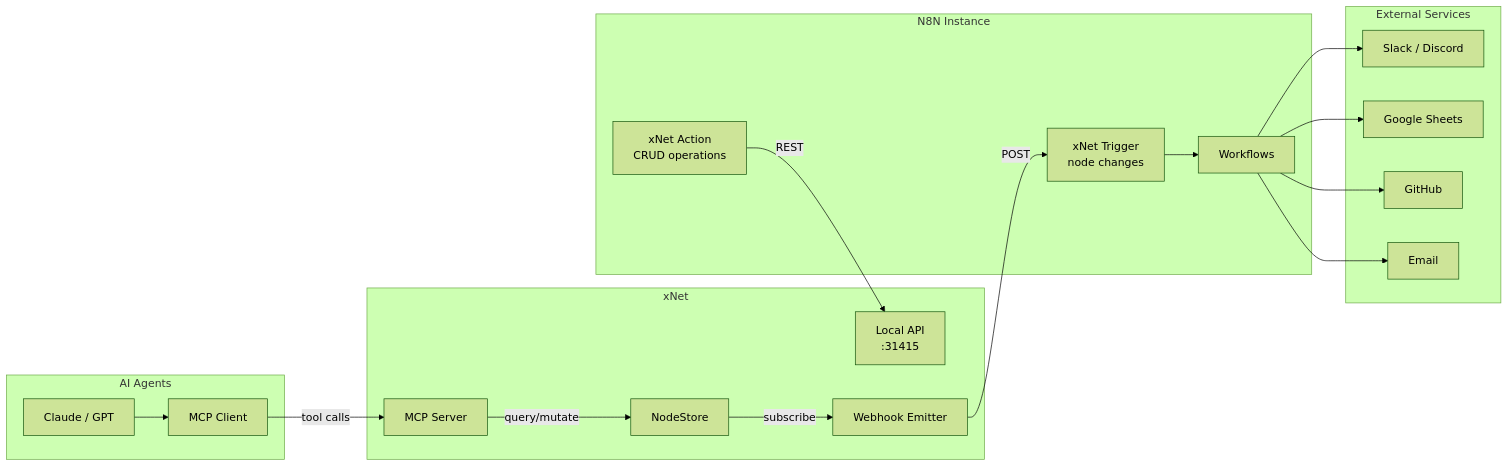
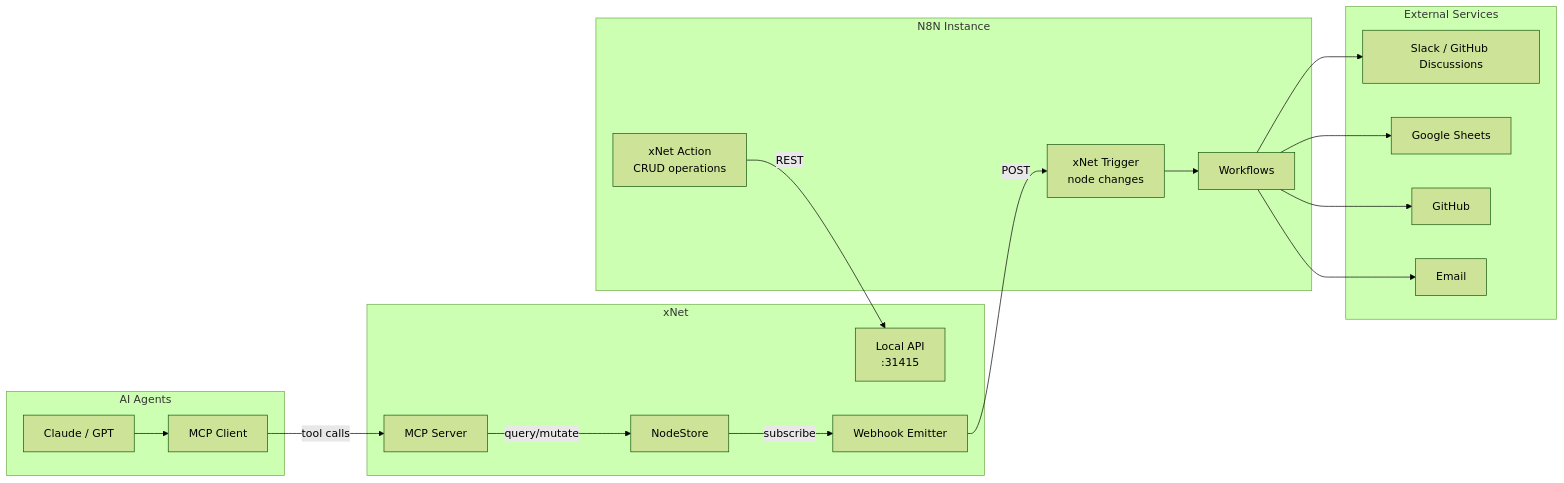
One commit to crs48/xNet changed the diagram in docs/plans/plan03_5Plugins/10-n8n-mcp-integrations.md. Above: the diagram before and after it, drawn with Mermaid (forest theme). The commit also changed 980 other files, not shown here.

````diff
--- a/docs/plans/plan03_5Plugins/10-n8n-mcp-integrations.md
+++ b/docs/plans/plan03_5Plugins/10-n8n-mcp-integrations.md
@@ -11,40 +11,40 @@
 ```mermaid
 flowchart LR
     subgraph "xNet"
         NS[NodeStore]
         API[Local API<br/>:31415]
         MCP_S[MCP Server]
         WH[Webhook Emitter]
     end
 
     subgraph "N8N Instance"
         XT[xNet Trigger<br/>node changes]
         XA[xNet Action<br/>CRUD operations]
         WF[Workflows]
     end
 
     subgraph "AI Agents"
         CL[Claude / GPT]
         MC[MCP Client]
     end
 
     subgraph "External Services"
-        E1[Slack / Discord]
+        E1[Slack / GitHub Discussions]
         E2[Google Sheets]
         E3[GitHub]
         E4[Email]
     end
 
     NS -->|"subscribe"| WH
     WH -->|"POST"| XT
     XA -->|"REST"| API
     XT --> WF
     WF --> E1
     WF --> E2
     WF --> E3
     WF --> E4
 
     MC -->|"tool calls"| MCP_S
     MCP_S -->|"query/mutate"| NS
     CL --> MC
 ```
````
